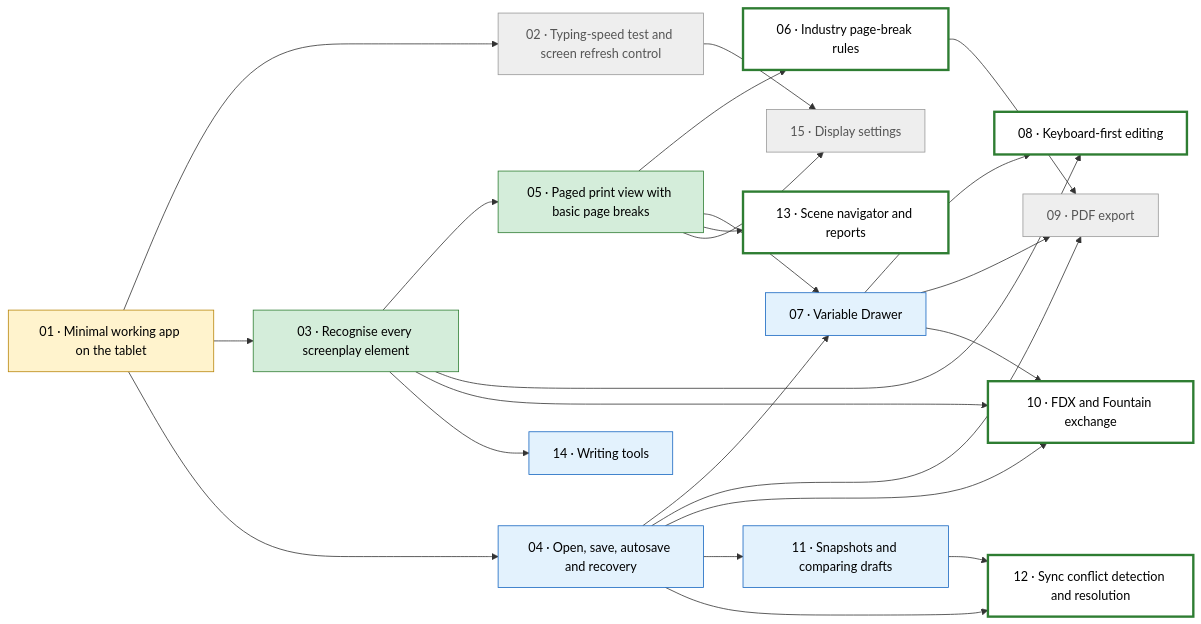
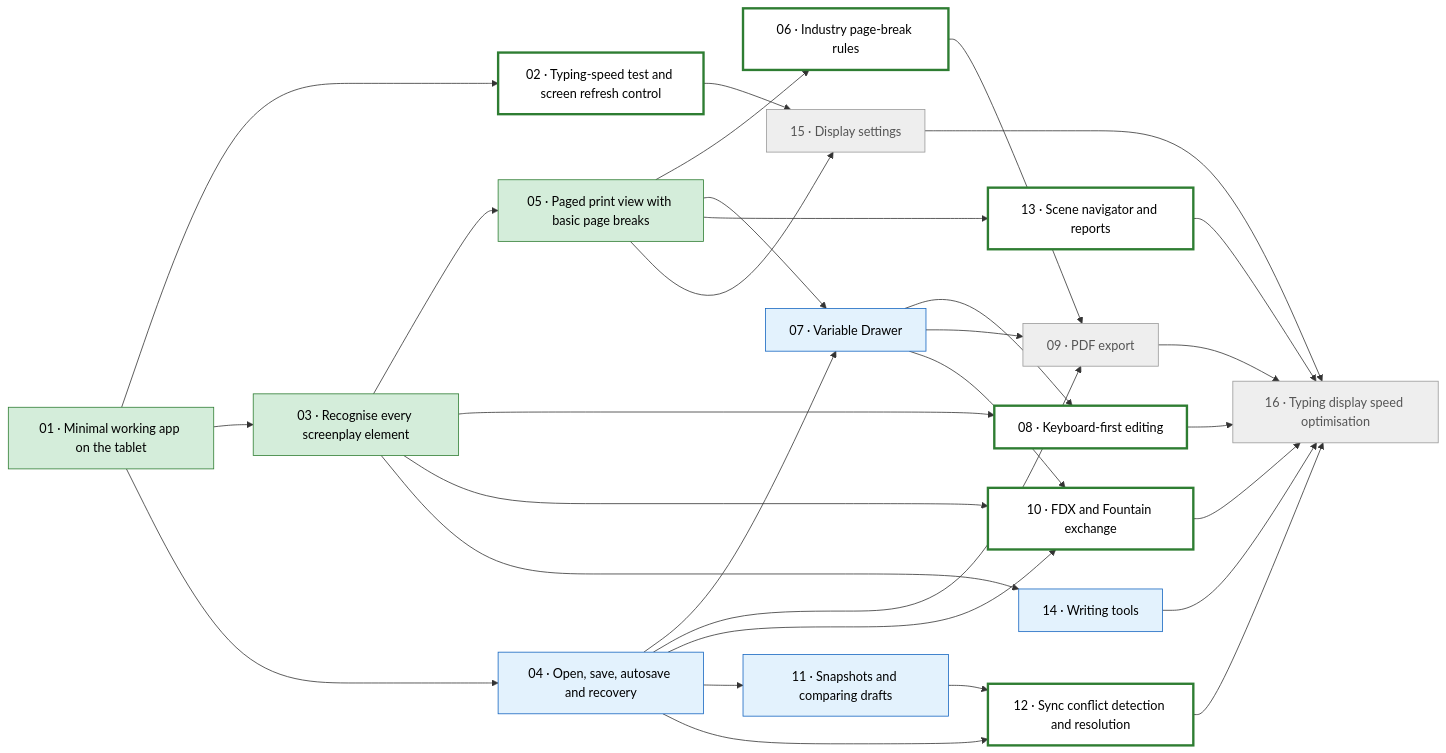
One commit to mikebgio/eink-screenplay-writer changed the diagram in PLAN.md. Above: the diagram before and after it, drawn with Mermaid. The commit also changed other lines of this file and 2 other files, not shown here.

Commit message:
Plan: add ticket 16, mark 01 done, log decision D4

````diff
--- a/PLAN.md
+++ b/PLAN.md
@@ -45,45 +45,53 @@
 ```mermaid
 flowchart LR
-  T01["01 · Minimal working app on the tablet"]:::inprogress
-  T02["02 · Typing-speed test and screen refresh control"]:::blocked
+  T01["01 · Minimal working app on the tablet"]:::done
+  T02["02 · Typing-speed test and screen refresh control"]:::ready
   T03["03 · Recognise every screenplay element"]:::done
   T04["04 · Open, save, autosave and recovery"]:::needsdevice
   T05["05 · Paged print view with basic page breaks"]:::done
   T06["06 · Industry page-break rules"]:::ready
   T07["07 · Variable Drawer"]:::needsdevice
   T08["08 · Keyboard-first editing"]:::ready
   T09["09 · PDF export"]:::blocked
   T10["10 · FDX and Fountain exchange"]:::ready
   T11["11 · Snapshots and comparing drafts"]:::needsdevice
   T12["12 · Sync conflict detection and resolution"]:::ready
   T13["13 · Scene navigator and reports"]:::ready
   T14["14 · Writing tools"]:::needsdevice
   T15["15 · Display settings"]:::blocked
+  T16["16 · Typing display speed optimisation"]:::blocked
   T01 --> T02
   T01 --> T03
   T01 --> T04
   T03 --> T05
   T05 --> T06
   T04 --> T07
   T05 --> T07
   T03 --> T08
   T07 --> T08
   T04 --> T09
   T06 --> T09
   T07 --> T09
   T03 --> T10
   T04 --> T10
   T07 --> T10
   T04 --> T11
   T04 --> T12
   T11 --> T12
   T05 --> T13
   T03 --> T14
   T02 --> T15
   T05 --> T15
+  T08 --> T16
+  T09 --> T16
+  T10 --> T16
+  T12 --> T16
+  T13 --> T16
+  T14 --> T16
+  T15 --> T16
   classDef done fill:#d4edda,stroke:#2e7d32,color:#000
   classDef needsdevice fill:#e3f2fd,stroke:#1565c0,color:#000
   classDef inprogress fill:#fff3cd,stroke:#b8860b,color:#000
   classDef ready fill:#ffffff,stroke:#2e7d32,stroke-width:3px,color:#000
   classDef blocked fill:#eeeeee,stroke:#999,color:#555
 ```
````
